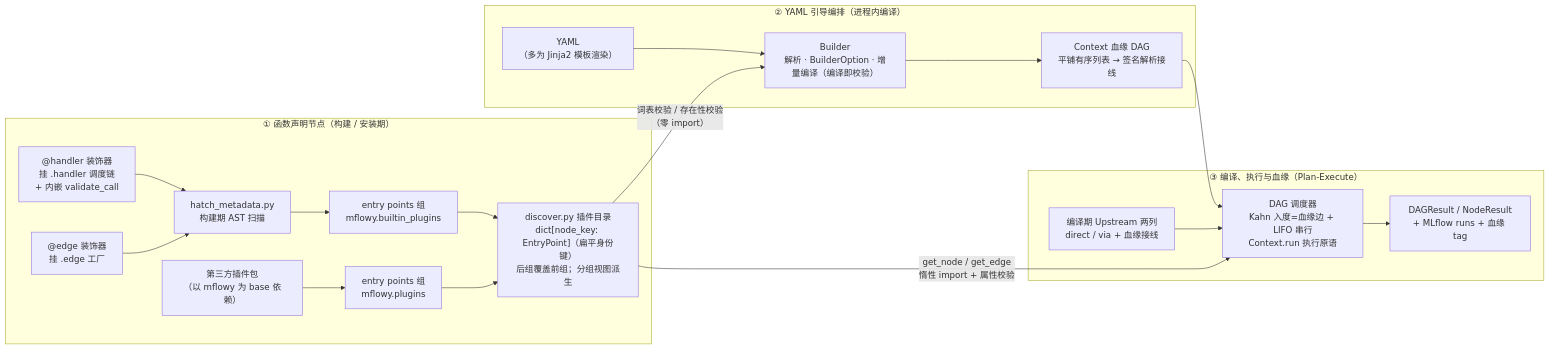
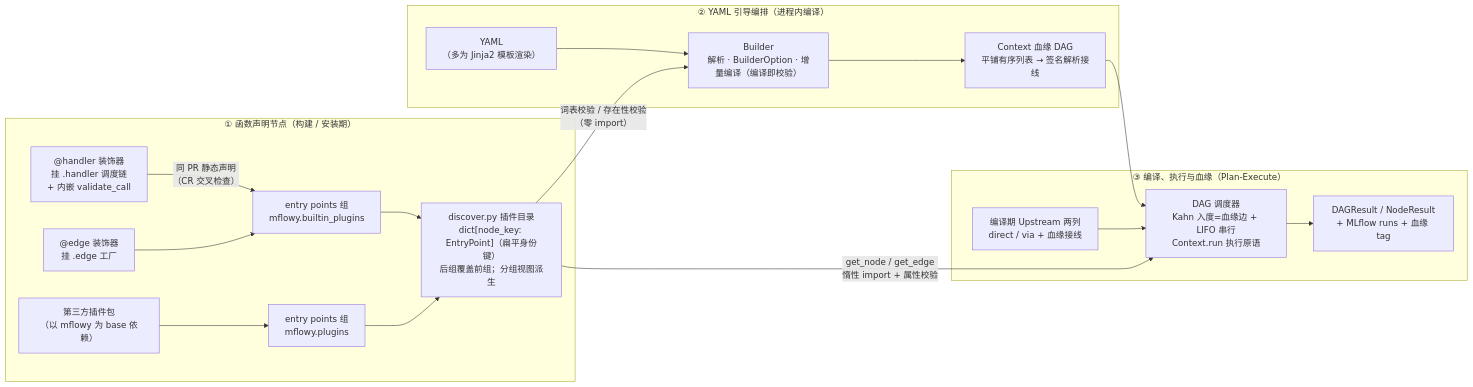
The first of 2 diagrams in packages/driver/README.md (ifoodsci-ai/mflowy), drawn with Mermaid before and after one commit. The commit also changed other lines of this file and 12 other files, not shown here.

Commit message:
refactor(data,model)!: 插件注册静态化——hatch AST 扫描钩子退役，107 条 entry points 手写声明（CR+list-nodes 交叉检查兜底，词表零破坏）

````diff
--- a/packages/driver/README.md
+++ b/packages/driver/README.md
@@ -48,25 +48,24 @@
 ```mermaid
 flowchart LR
     subgraph declare["① 函数声明节点（构建 / 安装期）"]
-        H["@handler 装饰器<br/>挂 .handler 调度链<br/>+ 内嵌 validate_call"] --> HOOK["hatch_metadata.py<br/>构建期 AST 扫描"]
-        E["@edge 装饰器<br/>挂 .edge 工厂"] --> HOOK
-        HOOK --> EP1["entry points 组<br/>mflowy.builtin_plugins"]
+        H["@handler 装饰器<br/>挂 .handler 调度链<br/>+ 内嵌 validate_call"] -- "同 PR 静态声明<br/>（CR 交叉检查）" --> EP1["entry points 组<br/>mflowy.builtin_plugins"]
+        E["@edge 装饰器<br/>挂 .edge 工厂"] --> EP1
         THIRD["第三方插件包<br/>（以 mflowy 为 base 依赖）"] --> EP2["entry points 组<br/>mflowy.plugins"]
         EP1 --> DISC["discover.py 插件目录<br/>dict[node_key: EntryPoint]（扁平身份键）<br/>后组覆盖前组；分组视图派生"]
         EP2 --> DISC
     end
 
     subgraph compose["② YAML 引导编排（进程内编译）"]
         YAML["YAML<br/>（多为 Jinja2 模板渲染）"] --> B["Builder<br/>解析 · BuilderOption · 增量编译（编译即校验）"]
         B --> DAG["Context 血缘 DAG<br/>平铺有序列表 → 签名解析接线"]
     end
 
     subgraph runtime["③ 编译、执行与血缘（Plan-Execute）"]
         P["编译期 Upstream 两列<br/>direct / via + 血缘接线"] --> W["DAG 调度器<br/>Kahn 入度=血缘边 + LIFO 串行<br/>Context.run 执行原语"]
         W --> RES["DAGResult / NodeResult<br/>+ MLflow runs + 血缘 tag"]
     end
 
     DISC -->|"词表校验 / 存在性校验<br/>（零 import）"| B
     DISC -->|"get_node / get_edge<br/>惰性 import + 属性校验"| W
     DAG --> W
 ```
````
